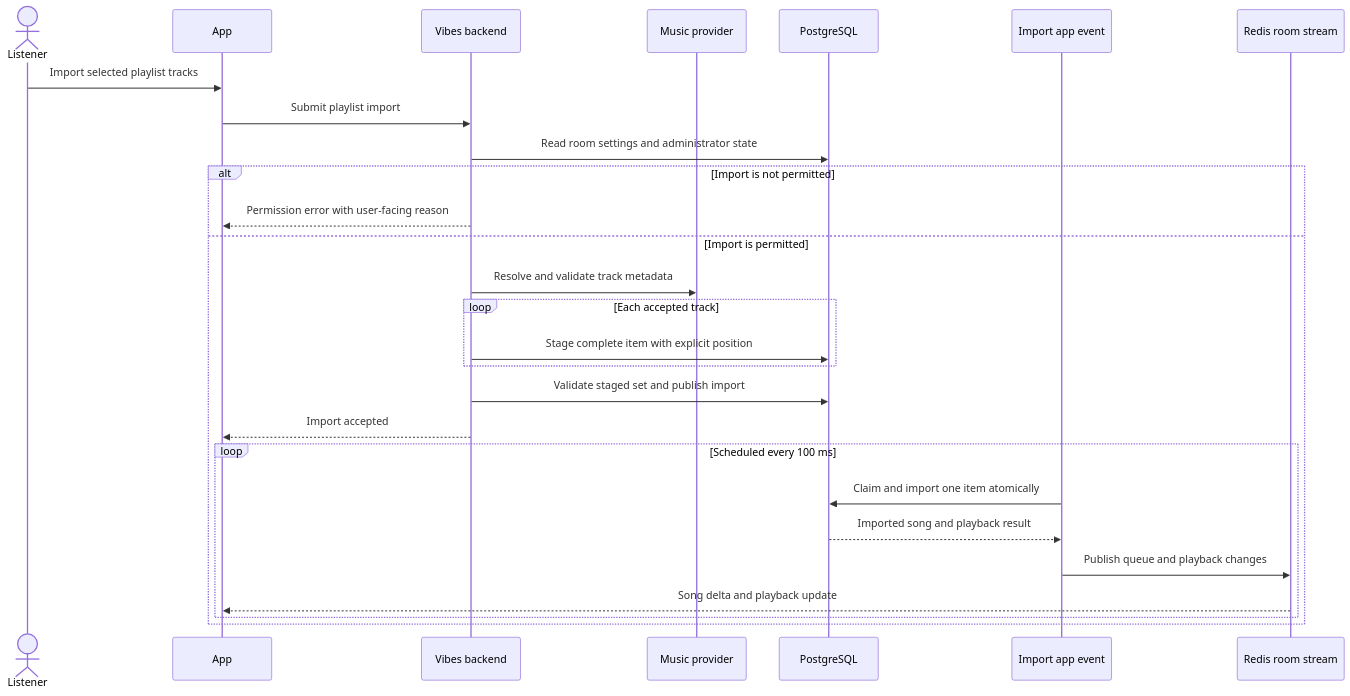
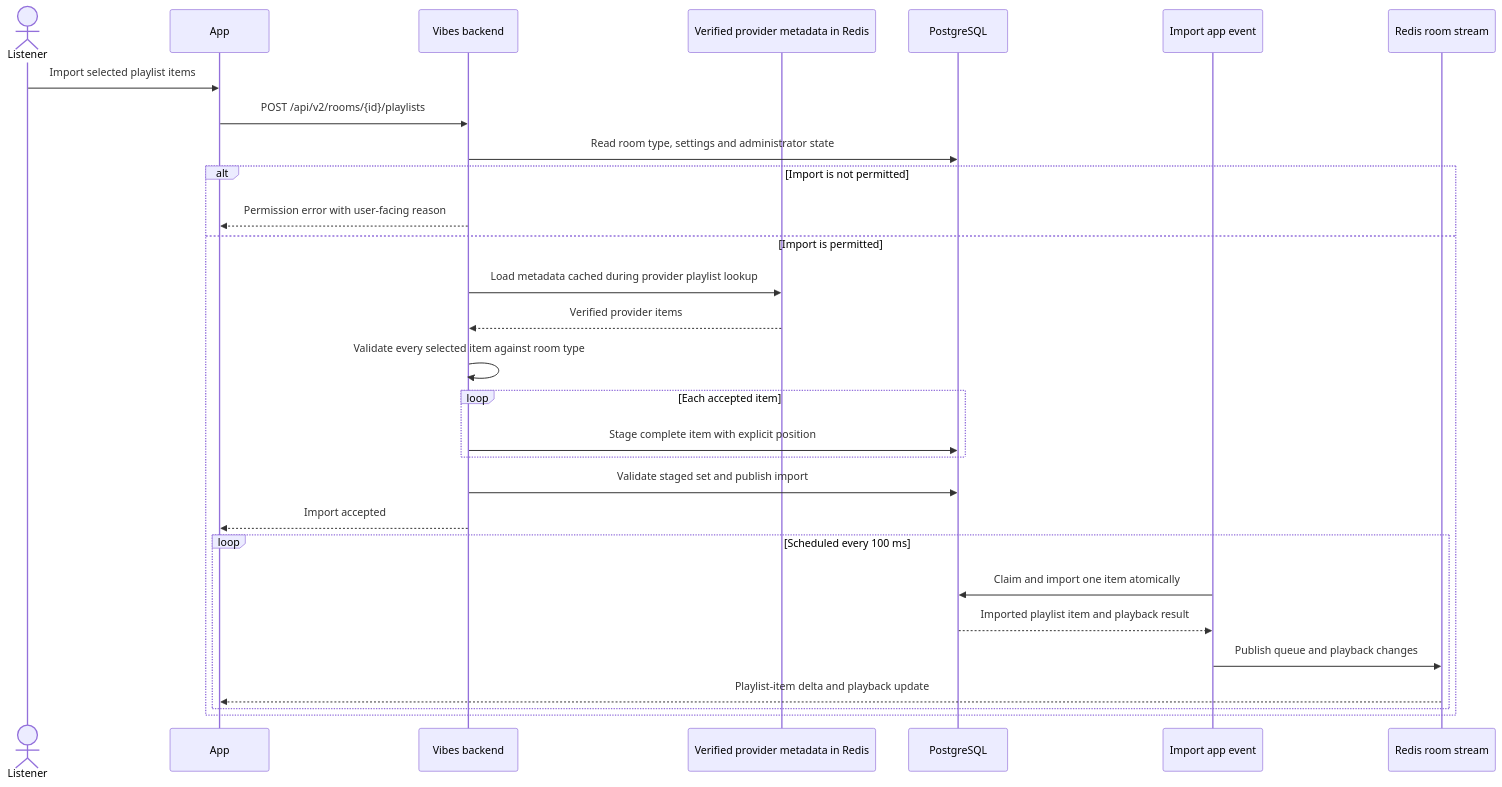
The diagram in docs/flows/playlists.md (zoff-music/vibes-backend), drawn with Mermaid before and after one commit. The commit also changed other lines of this file and 69 other files, not shown here.

````diff
--- a/docs/flows/playlists.md
+++ b/docs/flows/playlists.md
@@ -9,30 +11,32 @@
 ```mermaid
 sequenceDiagram
     actor Listener
     participant App
     participant API as Vibes backend
-    participant Provider as Music provider
+    participant Cache as Verified provider metadata in Redis
     participant DB as PostgreSQL
     participant Worker as Import app event
     participant Events as Redis room stream
 
-    Listener->>App: Import selected playlist tracks
-    App->>API: Submit playlist import
-    API->>DB: Read room settings and administrator state
+    Listener->>App: Import selected playlist items
+    App->>API: POST /api/v2/rooms/{id}/playlists
+    API->>DB: Read room type, settings and administrator state
     alt Import is not permitted
         API-->>App: Permission error with user-facing reason
     else Import is permitted
-        API->>Provider: Resolve and validate track metadata
-        loop Each accepted track
+        API->>Cache: Load metadata cached during provider playlist lookup
+        Cache-->>API: Verified provider items
+        API->>API: Validate every selected item against room type
+        loop Each accepted item
             API->>DB: Stage complete item with explicit position
         end
         API->>DB: Validate staged set and publish import
         API-->>App: Import accepted
         loop Scheduled every 100 ms
             Worker->>DB: Claim and import one item atomically
-            DB-->>Worker: Imported song and playback result
+            DB-->>Worker: Imported playlist item and playback result
             Worker->>Events: Publish queue and playback changes
-            Events-->>App: Song delta and playback update
+            Events-->>App: Playlist-item delta and playback update
         end
     end
 ```
````
